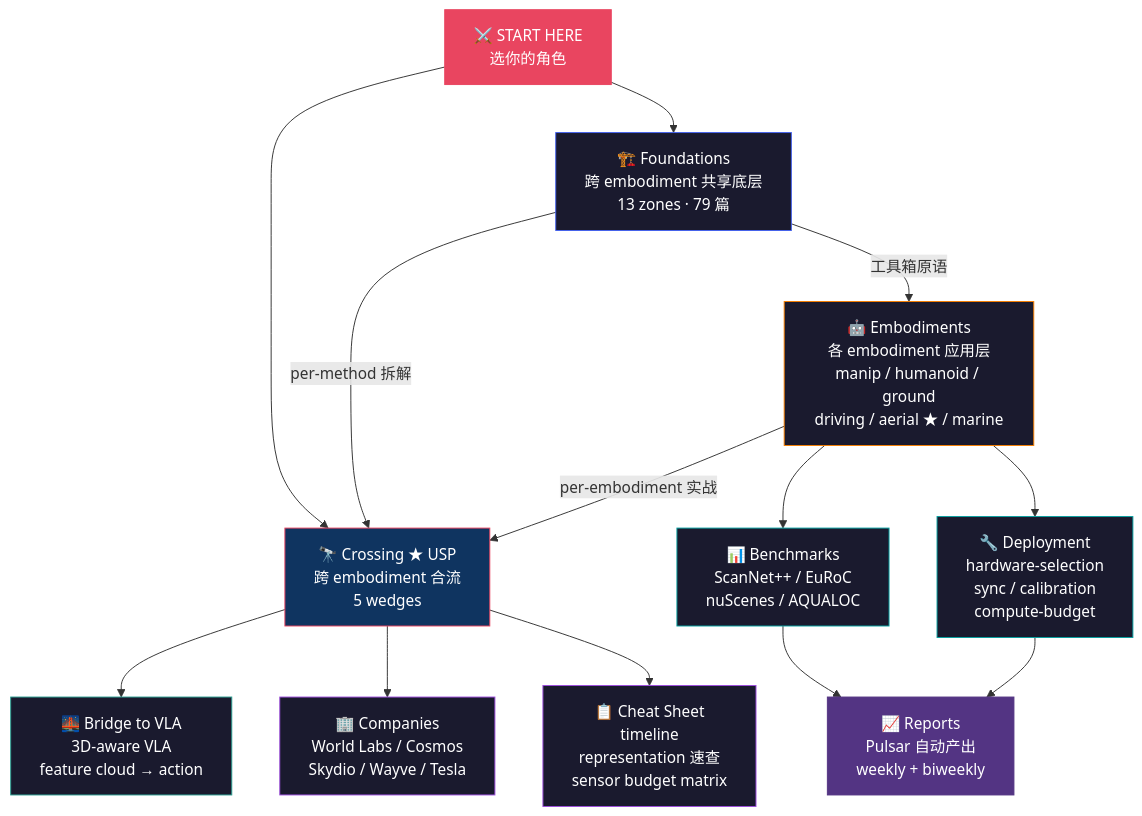
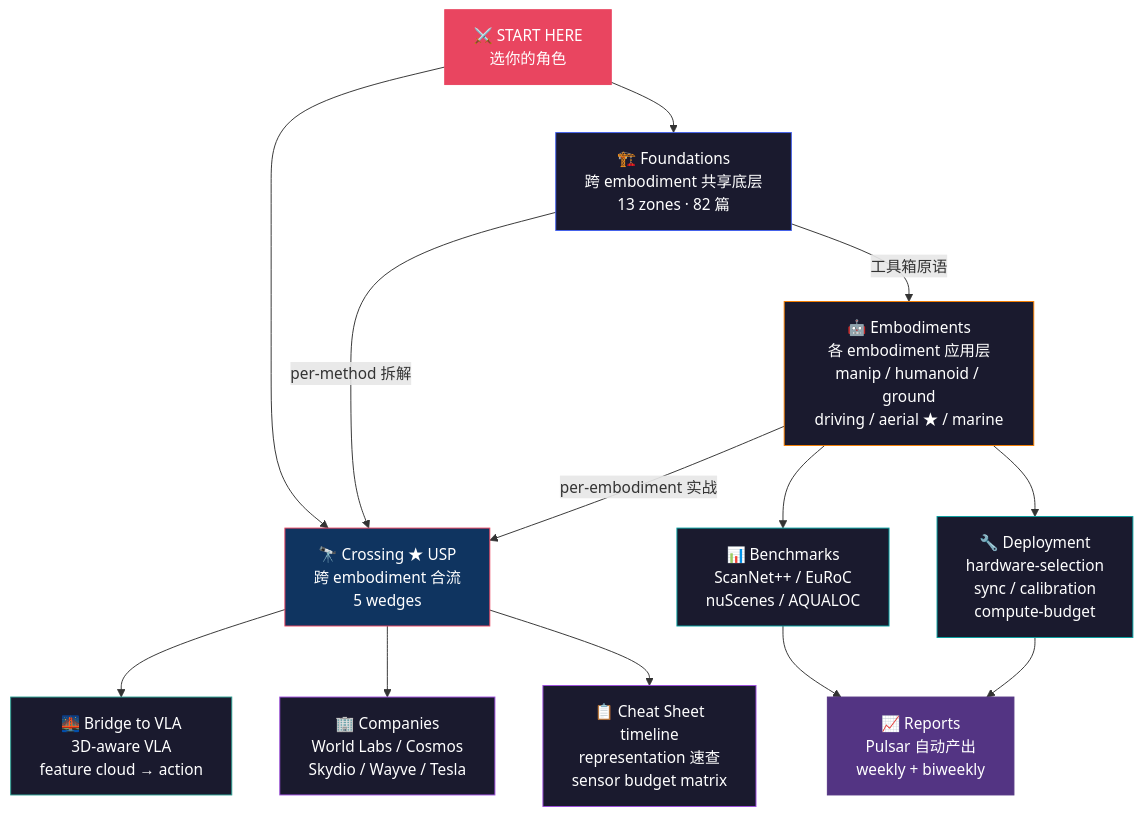
The diagram in README.md (sou350121/Spatial-Intelligence-Handbook), drawn with Mermaid before and after one commit. The commit also changed other lines of this file and 8 other files, not shown here.

First line of the commit message:
feat: spatial-math 现代 AI 视角 + sensor 选型元视图 + HKUST 真机 gotchas

````diff
--- a/README.md
+++ b/README.md
@@ -48,31 +48,31 @@
 ```mermaid
 graph TD
-    START["⚔️ START HERE<br/>选你的角色"] --> FOUND["🏗️ Foundations<br/>跨 embodiment 共享底层<br/>13 zones · 79 篇"]
+    START["⚔️ START HERE<br/>选你的角色"] --> FOUND["🏗️ Foundations<br/>跨 embodiment 共享底层<br/>13 zones · 82 篇"]
     START --> CROSS["🔭 Crossing ★ USP<br/>跨 embodiment 合流<br/>5 wedges"]
 
     FOUND -->|"工具箱原语"| EMB["🤖 Embodiments<br/>各 embodiment 应用层<br/>manip / humanoid / ground<br/>driving / aerial ★ / marine"]
     FOUND -->|"per-method 拆解"| CROSS
 
     EMB -->|"per-embodiment 实战"| CROSS
 
     CROSS --> BRIDGE["🌉 Bridge to VLA<br/>3D-aware VLA<br/>feature cloud → action"]
     CROSS --> COMP["🏢 Companies<br/>World Labs / Cosmos<br/>Skydio / Wayve / Tesla"]
     CROSS --> CHEAT["📋 Cheat Sheet<br/>timeline<br/>representation 速查<br/>sensor budget matrix"]
 
     EMB --> BENCH["📊 Benchmarks<br/>ScanNet++ / EuRoC<br/>nuScenes / AQUALOC"]
     EMB --> DEPLOY["🔧 Deployment<br/>hardware-selection<br/>sync / calibration<br/>compute-budget"]
 
     BENCH --> REP["📈 Reports<br/>Pulsar 自动产出<br/>weekly + biweekly"]
     DEPLOY --> REP
 
     style START fill:#e94560,stroke:#e94560,color:#fff
     style FOUND fill:#1a1a2e,stroke:#4361ee,color:#fff
     style EMB fill:#1a1a2e,stroke:#f77f00,color:#fff
     style CROSS fill:#0f3460,stroke:#e94560,color:#fff
     style BRIDGE fill:#1a1a2e,stroke:#2a9d8f,color:#fff
     style COMP fill:#1a1a2e,stroke:#9d4edd,color:#fff
     style CHEAT fill:#1a1a2e,stroke:#9d4edd,color:#fff
     style BENCH fill:#1a1a2e,stroke:#06a0a0,color:#fff
     style DEPLOY fill:#1a1a2e,stroke:#06a0a0,color:#fff
     style REP fill:#533483,stroke:#533483,color:#fff
 ```
````
